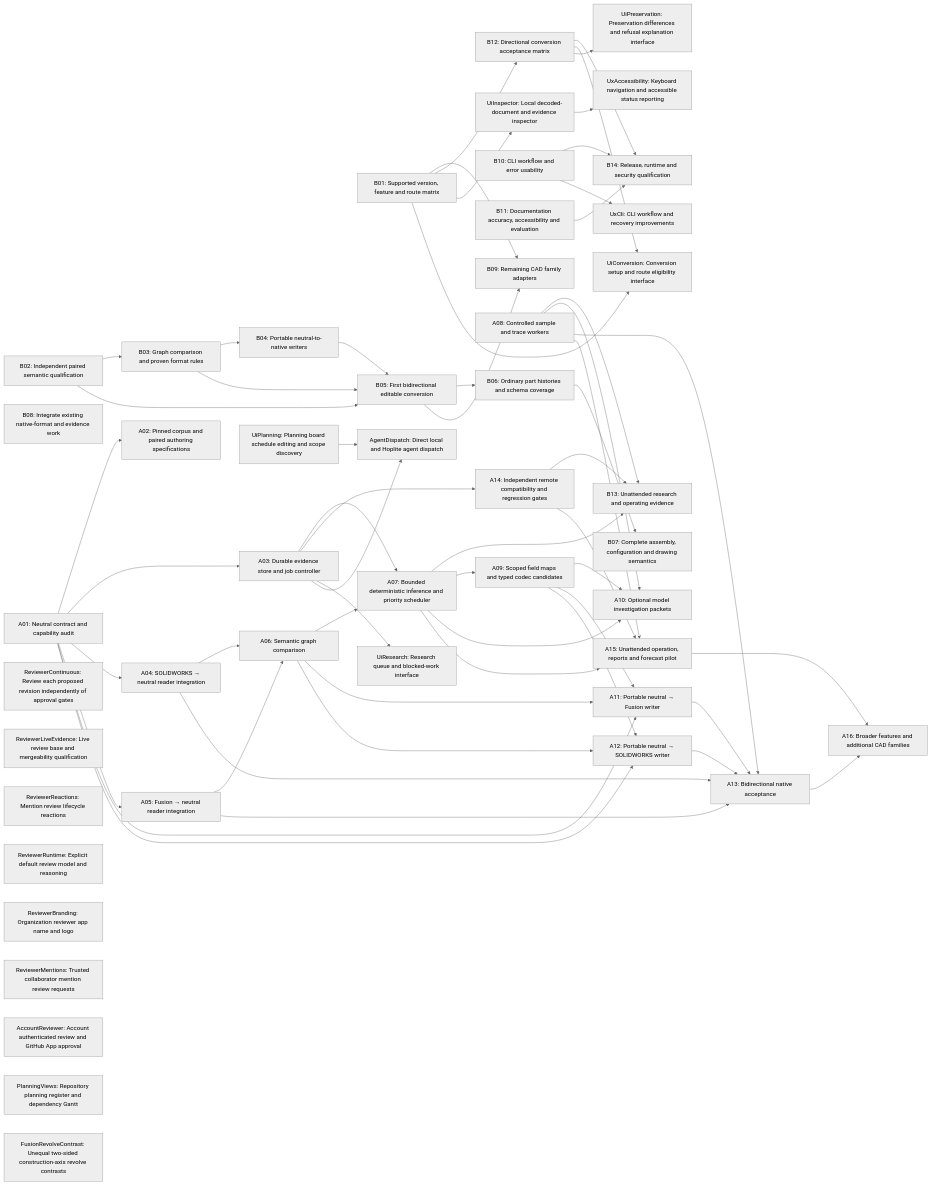
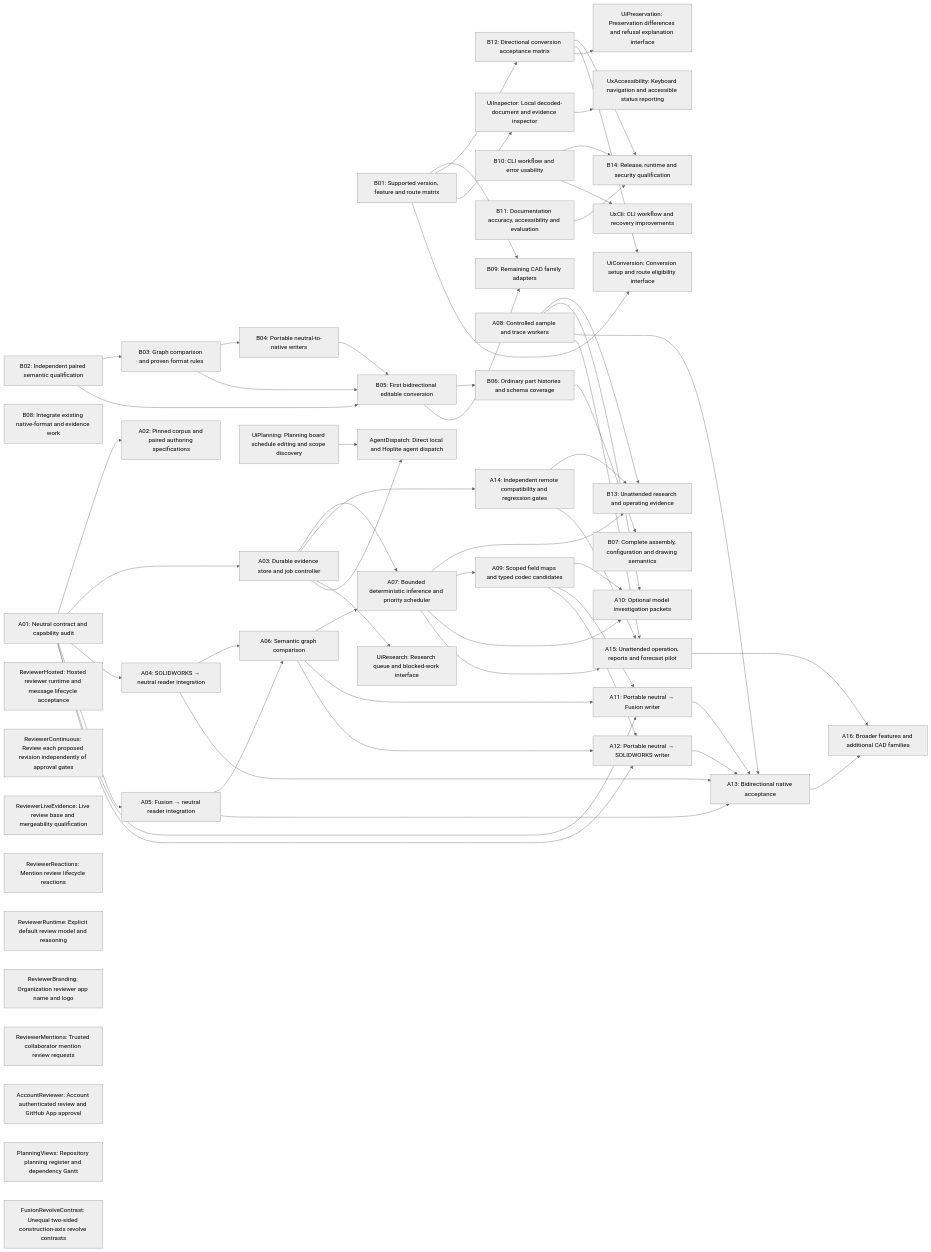
The diagram in Documentation/Planning/Generated/Dependencies.mmd (TryUniCAD/Kit), drawn with Mermaid (neutral theme) before and after one commit. The commit also changed 24 other files, not shown here.

Commit message:
fix(review): restore hosted tls and responsive message reactions

```diff
--- a/Documentation/Planning/Generated/Dependencies.mmd
+++ b/Documentation/Planning/Generated/Dependencies.mmd
@@ -1,102 +1,103 @@
 flowchart LR
   B01["B01: Supported version, feature and route matrix"]
   B02["B02: Independent paired semantic qualification"]
   B03["B03: Graph comparison and proven format rules"]
   B02 --> B03
   B04["B04: Portable neutral-to-native writers"]
   B03 --> B04
   B05["B05: First bidirectional editable conversion"]
   B02 --> B05
   B03 --> B05
   B04 --> B05
   B06["B06: Ordinary part histories and schema coverage"]
   B05 --> B06
   B07["B07: Complete assembly, configuration and drawing semantics"]
   B06 --> B07
   B08["B08: Integrate existing native-format and evidence work"]
   B09["B09: Remaining CAD family adapters"]
   B01 --> B09
   B05 --> B09
   B10["B10: CLI workflow and error usability"]
   B11["B11: Documentation accuracy, accessibility and evaluation"]
   B12["B12: Directional conversion acceptance matrix"]
   B01 --> B12
   B13["B13: Unattended research and operating evidence"]
   A07 --> B13
   A08 --> B13
   A14 --> B13
   B14["B14: Release, runtime and security qualification"]
   B10 --> B14
   B11 --> B14
   B12 --> B14
   A01["A01: Neutral contract and capability audit"]
   A02["A02: Pinned corpus and paired authoring specifications"]
   A01 --> A02
   A03["A03: Durable evidence store and job controller"]
   A01 --> A03
   A04["A04: SOLIDWORKS → neutral reader integration"]
   A01 --> A04
   A05["A05: Fusion → neutral reader integration"]
   A01 --> A05
   A06["A06: Semantic graph comparison"]
   A04 --> A06
   A05 --> A06
   A07["A07: Bounded deterministic inference and priority scheduler"]
   A03 --> A07
   A06 --> A07
   A08["A08: Controlled sample and trace workers"]
   A09["A09: Scoped field maps and typed codec candidates"]
   A07 --> A09
   A10["A10: Optional model investigation packets"]
   A07 --> A10
   A08 --> A10
   A09 --> A10
   A11["A11: Portable neutral → Fusion writer"]
   A01 --> A11
   A06 --> A11
   A09 --> A11
   A12["A12: Portable neutral → SOLIDWORKS writer"]
   A01 --> A12
   A06 --> A12
   A09 --> A12
   A13["A13: Bidirectional native acceptance"]
   A04 --> A13
   A05 --> A13
   A08 --> A13
   A11 --> A13
   A12 --> A13
   A14["A14: Independent remote compatibility and regression gates"]
   A03 --> A14
   A15["A15: Unattended operation, reports and forecast pilot"]
   A07 --> A15
   A08 --> A15
   A14 --> A15
   A16["A16: Broader features and additional CAD families"]
   A13 --> A16
   A15 --> A16
+  ReviewerHosted["ReviewerHosted: Hosted reviewer runtime and message lifecycle acceptance"]
   ReviewerContinuous["ReviewerContinuous: Review each proposed revision independently of approval gates"]
   ReviewerLiveEvidence["ReviewerLiveEvidence: Live review base and mergeability qualification"]
   ReviewerReactions["ReviewerReactions: Mention review lifecycle reactions"]
   ReviewerRuntime["ReviewerRuntime: Explicit default review model and reasoning"]
   ReviewerBranding["ReviewerBranding: Organization reviewer app name and logo"]
   ReviewerMentions["ReviewerMentions: Trusted collaborator mention review requests"]
   AccountReviewer["AccountReviewer: Account authenticated review and GitHub App approval"]
   PlanningViews["PlanningViews: Repository planning register and dependency Gantt"]
   FusionRevolveContrast["FusionRevolveContrast: Unequal two-sided construction-axis revolve contrasts"]
   UiInspector["UiInspector: Local decoded-document and evidence inspector"]
   B01 --> UiInspector
   UiConversion["UiConversion: Conversion setup and route eligibility interface"]
   B01 --> UiConversion
   B12 --> UiConversion
   UiPreservation["UiPreservation: Preservation differences and refusal explanation interface"]
   B12 --> UiPreservation
   UiResearch["UiResearch: Research queue and blocked-work interface"]
   A03 --> UiResearch
   UxAccessibility["UxAccessibility: Keyboard navigation and accessible status reporting"]
   UiInspector --> UxAccessibility
   UxCli["UxCli: CLI workflow and recovery improvements"]
   B10 --> UxCli
   UiPlanning["UiPlanning: Planning board schedule editing and scope discovery"]
   AgentDispatch["AgentDispatch: Direct local and Hoplite agent dispatch"]
   A03 --> AgentDispatch
   UiPlanning --> AgentDispatch
```
